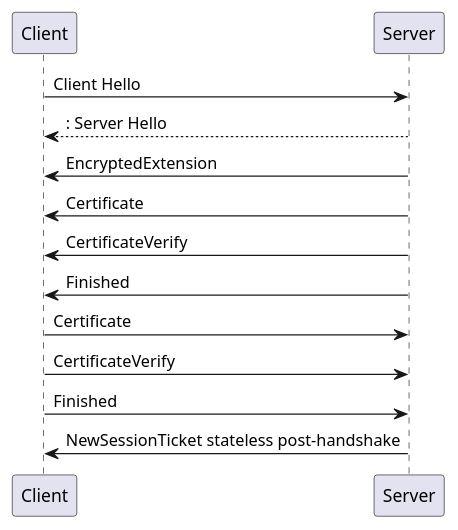
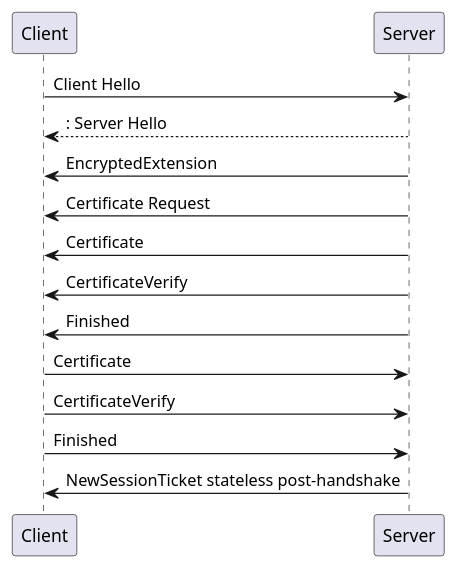
One commit to atomicowl/custom-key-manager changed the second of 2 diagrams in doc/how_to_debug_ssl_connection.md. Above: the diagram before and after it, drawn with PlantUML.

Commit message:
add missing step in diagram for Two-Way SSL connection

````diff
--- a/doc/how_to_debug_ssl_connection.md
+++ b/doc/how_to_debug_ssl_connection.md
@@ -286,12 +286,13 @@
 ```puml
 Client -> Server: Client Hello
 return: Server Hello
 Server -> Client: EncryptedExtension
+Server -> Client: Certificate Request
 Server -> Client: Certificate
 Server -> Client: CertificateVerify
 Server -> Client: Finished
 Client -> Server: Certificate
 Client -> Server: CertificateVerify
 Client -> Server: Finished
 Server -> Client: NewSessionTicket stateless post-handshake
 ```
````
